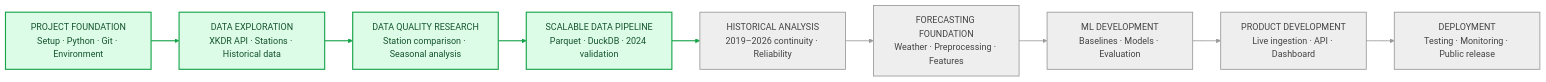
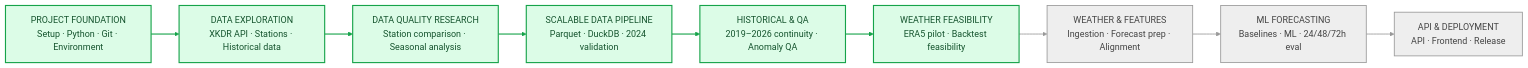
One commit to dumbgesh/err-india changed the diagram in err-development-flow.md. Above: the diagram before and after it, drawn with Mermaid (neutral theme). The commit also changed other lines of this file, not shown here.

Commit message:
updated project development roadmap

````diff
--- a/err-development-flow.md
+++ b/err-development-flow.md
@@ -11,23 +11,23 @@
 ```mermaid
 flowchart LR
-    A["PROJECT FOUNDATION<br/>Setup · Python · Git · Environment"] 
+    A["PROJECT FOUNDATION<br/>Setup · Python · Git · Environment"]
     B["DATA EXPLORATION<br/>XKDR API · Stations · Historical data"]
     C["DATA QUALITY RESEARCH<br/>Station comparison · Seasonal analysis"]
     D["SCALABLE DATA PIPELINE<br/>Parquet · DuckDB · 2024 validation"]
-    E["HISTORICAL ANALYSIS<br/>2019–2026 continuity · Reliability"]
-    F["FORECASTING FOUNDATION<br/>Weather · Preprocessing · Features"]
-    G["ML DEVELOPMENT<br/>Baselines · Models · Evaluation"]
-    H["PRODUCT DEVELOPMENT<br/>Live ingestion · API · Dashboard"]
-    I["DEPLOYMENT<br/>Testing · Monitoring · Public release"]
+    E["HISTORICAL & QA<br/>2019–2026 continuity · Anomaly QA"]
+    F["WEATHER FEASIBILITY<br/>ERA5 pilot · Backtest feasibility"]
+    G["WEATHER & FEATURES<br/>Ingestion · Forecast prep · Alignment"]
+    H["ML FORECASTING<br/>Baselines · ML · 24/48/72h eval"]
+    I["API & DEPLOYMENT<br/>API · Frontend · Release"]
 
     A --> B --> C --> D --> E --> F --> G --> H --> I
 
     classDef done fill:#dcfce7,stroke:#16a34a,color:#14532d,stroke-width:2px;
     classDef todo fill:#eeeeee,stroke:#999999,color:#444444,stroke-width:1.5px;
 
-    class A,B,C,D done;
-    class E,F,G,H,I todo;
+    class A,B,C,D,E,F done;
+    class G,H,I todo;
 
-    linkStyle 0,1,2,3 stroke:#16a34a,stroke-width:2px;
-    linkStyle 4,5,6,7 stroke:#999999,stroke-width:1.5px;
+    linkStyle 0,1,2,3,4 stroke:#16a34a,stroke-width:2px;
+    linkStyle 5,6,7 stroke:#999999,stroke-width:1.5px;
 ```
````
